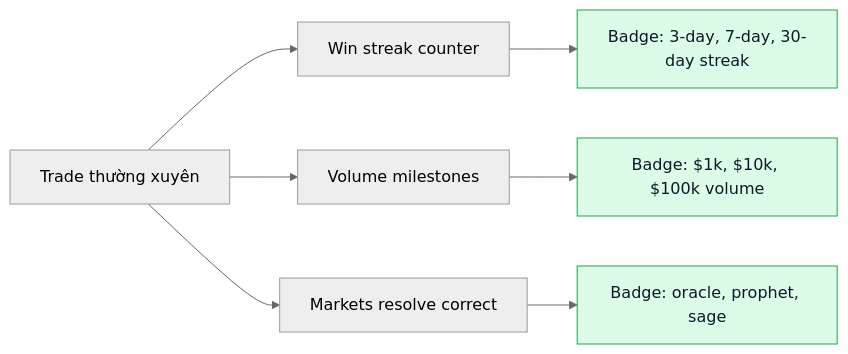
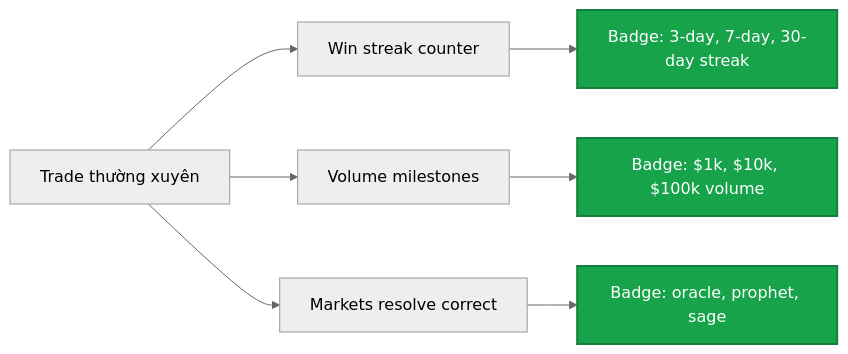
One commit to PrediX-Protocol/predix-docs changed the third of 3 diagrams in vi_v6/huong-dan/portfolio.md. Above: the diagram before and after it, drawn with Mermaid (neutral theme). The commit also changed other lines of this file and 32 other files, not shown here.

First line of the commit message:
docs(vi_v6): redesign Mermaid theme — solid mid-tone palette + dark theme

````diff
--- a/vi_v6/huong-dan/portfolio.md
+++ b/vi_v6/huong-dan/portfolio.md
@@ -111,12 +111,12 @@
 ```mermaid
 flowchart LR
     Trade[Trade thường xuyên] --> Streak[Win streak counter]
     Streak --> Badge1[Badge: 3-day, 7-day, 30-day streak]
     Trade --> Volume[Volume milestones]
     Volume --> Badge2[Badge: $1k, $10k, $100k volume]
     Trade --> Resolve[Markets resolve correct]
     Resolve --> Badge3[Badge: oracle, prophet, sage]
 
-    classDef earn fill:#dcfce7,stroke:#16a34a,color:#0f172a
+    classDef earn fill:#16a34a,stroke:#15803d,color:#fff,stroke-width:2px
     class Badge1,Badge2,Badge3 earn
 ```
````
